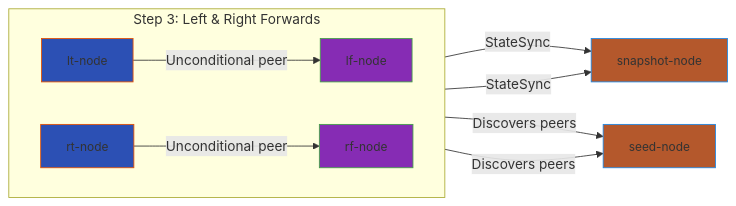
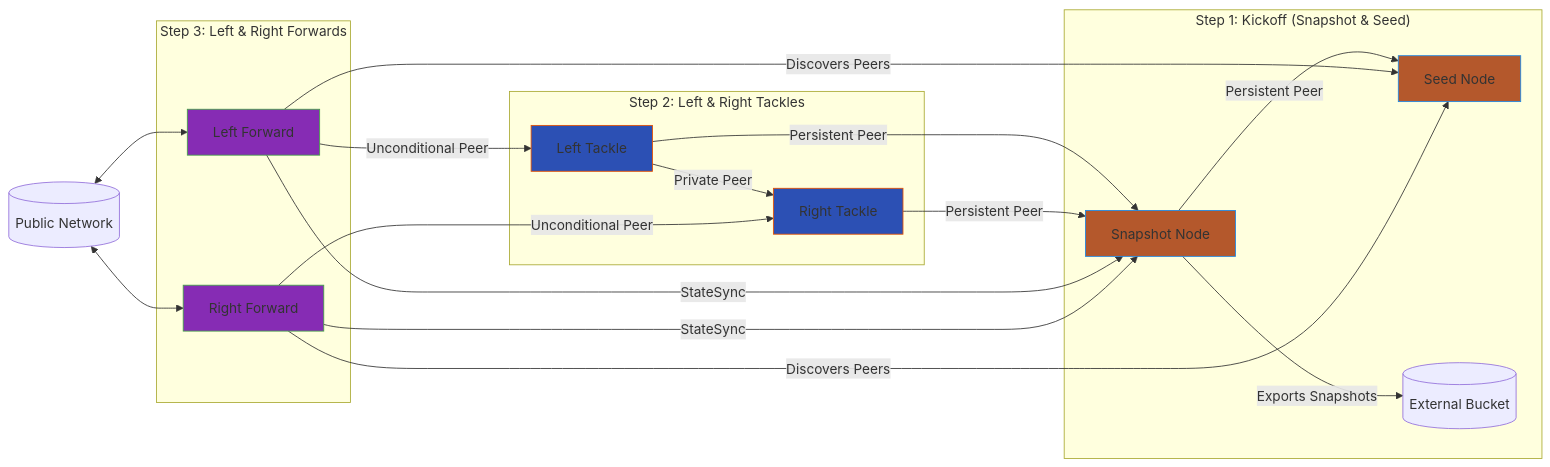
Before and after one commit to permissionlessweb/o-line: the diagram in playbook/oline-sdl/README.md, drawn with Mermaid. The commit also changed other lines of this file and 1 other file, not shown here.

````diff
--- a/playbook/oline-sdl/README.md
+++ b/playbook/oline-sdl/README.md
@@ -68,27 +56,33 @@
 ```mermaid
 graph LR
-    %% Nodes placed in visual order (left to right)
-    LT[lt-node] -->|Unconditional peer| LF[lf-node]
-    RT[rt-node] -->|Unconditional peer| RF[rf-node]
-
-    LF -->|StateSync| S[snapshot-node]
-    LF -->|Discovers peers| SD[seed-node]
-
-    RF -->|StateSync| S
-    RF -->|Discovers peers| SD
-
-    %% Subgraph to group and control layout
-    subgraph Step3 ["Step 3: Left & Right Forwards"]
-        direction LR
-        LT & RT & LF & RF
+    subgraph "Step 1: Kickoff (Snapshot & Seed)"
+        Snapshot[Snapshot Node] -->|Persistent Peer| Seed[Seed Node]
+        Snapshot -->|Exports Snapshots| Bucket[(External Bucket)]
     end
 
-    classDef forward fill:#862cb4,stroke:#43a047,font-size:14px;
-    classDef tackle fill:#2c50b4,stroke:#e65100,font-size:14px;
-    classDef snapshot fill:#b4582c,stroke:#1e88e5,px,font-size:14px;
+    subgraph "Step 2: Left & Right Tackles"
+        LT[Left Tackle] -->|Persistent Peer| Snapshot
+        RT[Right Tackle] -->|Persistent Peer| Snapshot
+        LT -->|Private Peer| RT
+    end
 
-    class LF,RF forward
-    class LT,RT tackle
-    class S,SD snapshot
+    subgraph "Step 3: Left & Right Forwards"
+        LF[Left Forward] -->|StateSync| Snapshot
+        LF -->|Discovers Peers| Seed
+        LF -->|Unconditional Peer| LT
+        RF[Right Forward] -->|StateSync| Snapshot
+        RF -->|Discovers Peers| Seed
+        RF -->|Unconditional Peer| RT
+    end
 
+    Network[(Public Network)] <--> LF
+    Network <--> RF
+
+    classDef snapshot fill:#b4582c,stroke:#1e88e5;
+    classDef seed fill:#b4582c,stroke:#1e88e5;
+    classDef tackle fill:#2c50b4,stroke:#e65100;
+    classDef forward fill:#862cb4,stroke:#43a047;
+    class Snapshot,Seed snapshot;
+    class LT,RT tackle;
+    class LF,RF forward;
 ```
````
